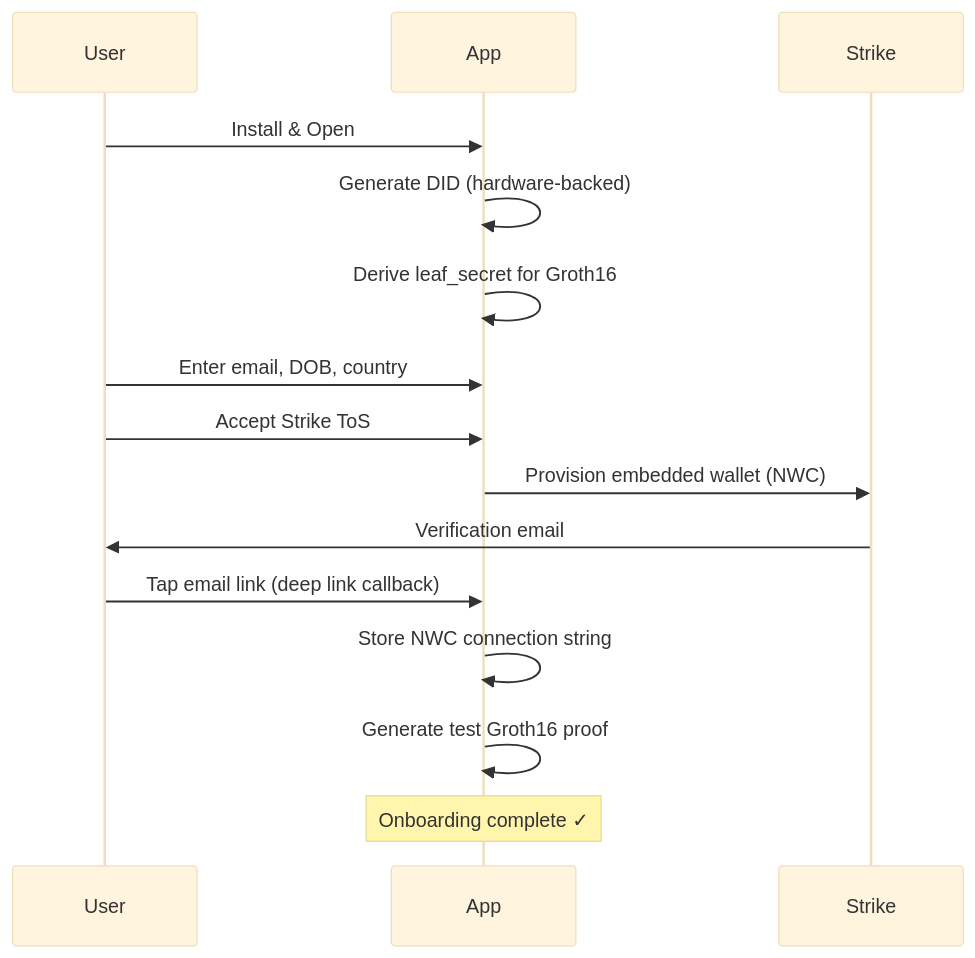
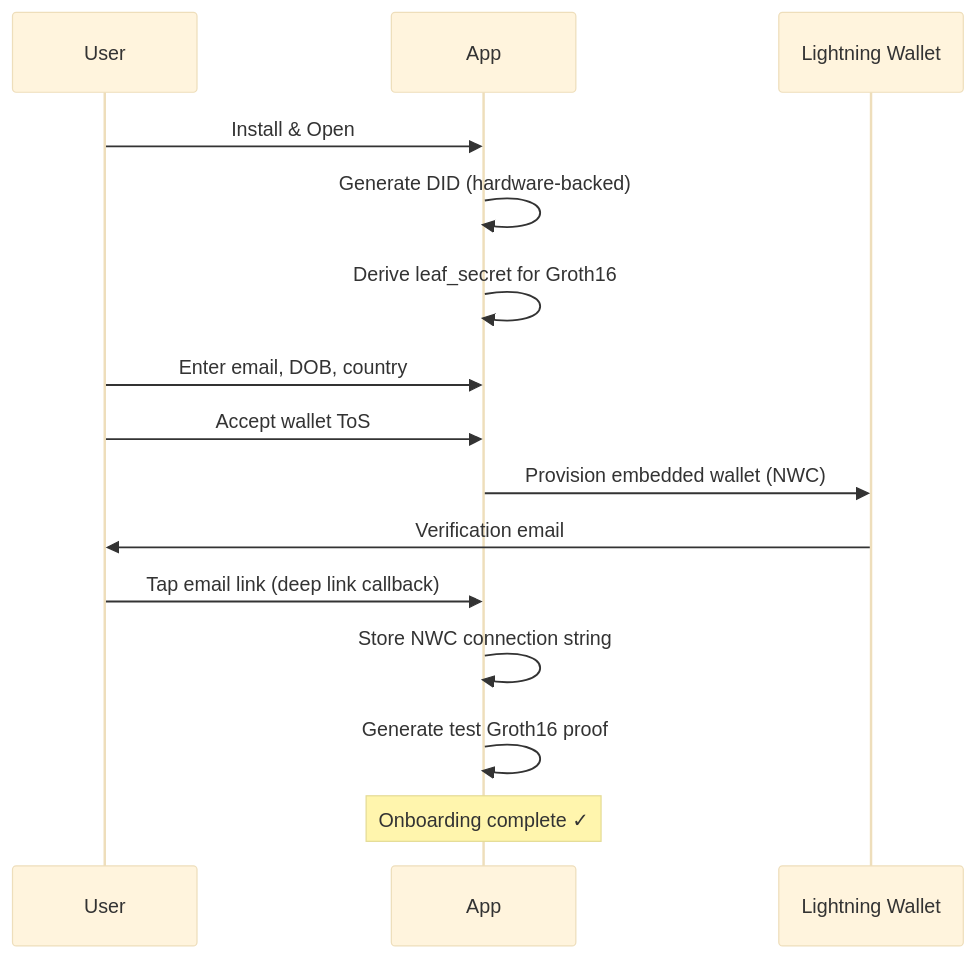
One commit to PrivacyLion/btc-did changed the first of 3 diagrams in README.md. Above: the diagram before and after it, drawn with Mermaid (base theme). The commit also changed other lines of this file, not shown here.

First line of the commit message:
README: Add full product introduction, make wallet provider-agnostic

````diff
--- a/README.md
+++ b/README.md
@@ -46,18 +79,18 @@
 ```mermaid
 sequenceDiagram
     participant User
     participant App
-    participant Strike
+    participant LW as Lightning Wallet
     
     User->>App: Install & Open
     App->>App: Generate DID (hardware-backed)
     App->>App: Derive leaf_secret for Groth16
     User->>App: Enter email, DOB, country
-    User->>App: Accept Strike ToS
-    App->>Strike: Provision embedded wallet (NWC)
-    Strike->>User: Verification email
+    User->>App: Accept wallet ToS
+    App->>LW: Provision embedded wallet (NWC)
+    LW->>User: Verification email
     User->>App: Tap email link (deep link callback)
     App->>App: Store NWC connection string
     App->>App: Generate test Groth16 proof
     Note over App: Onboarding complete ✓
 ```
````
